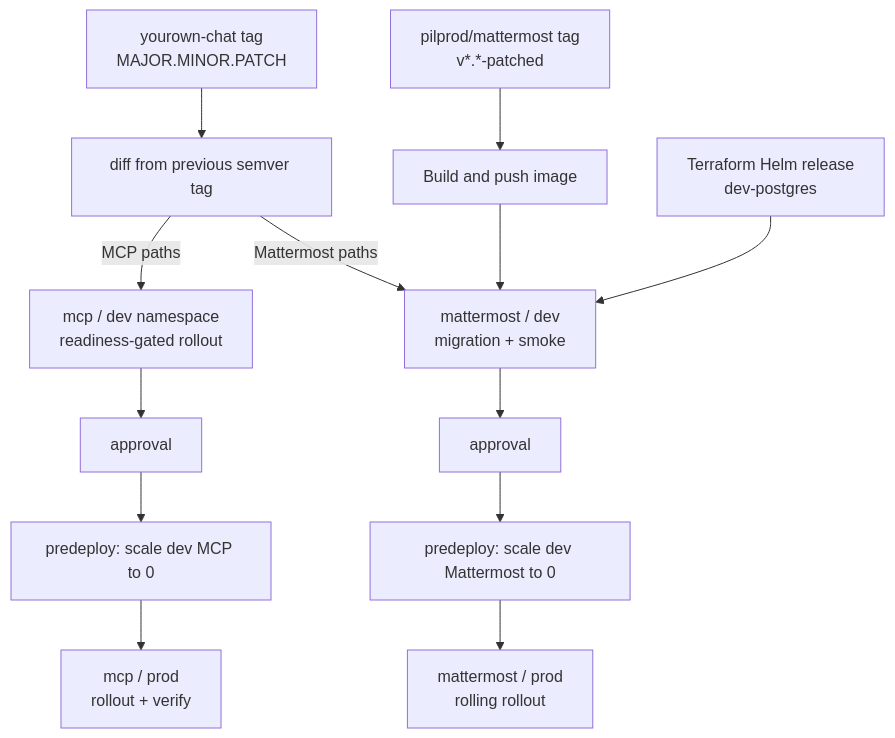
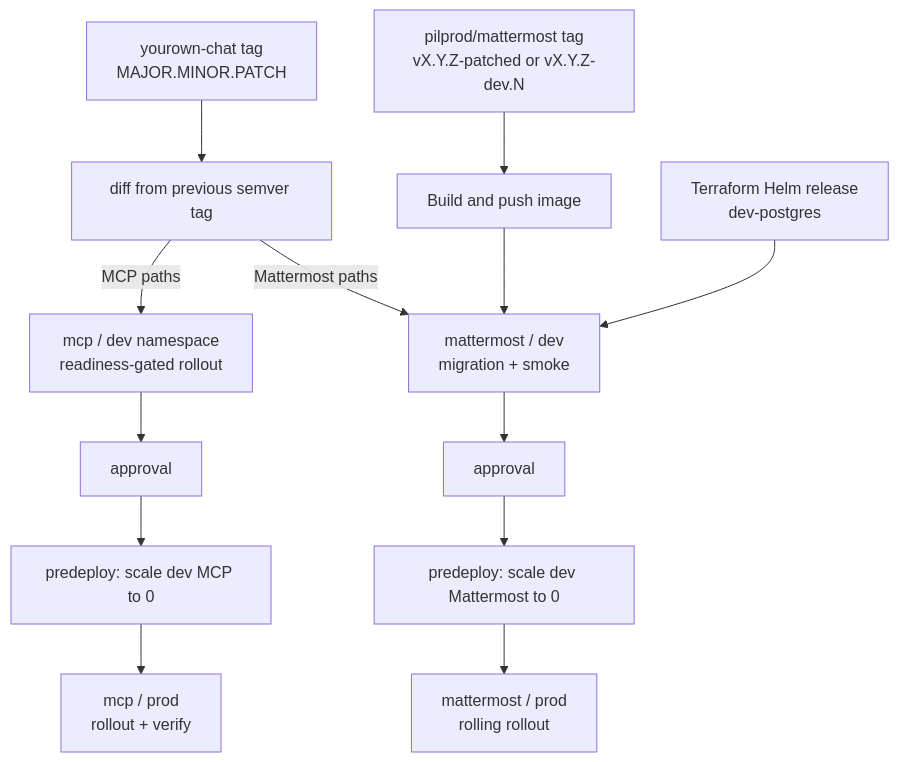
Before and after one commit to pilprod/yourown-chat: the diagram in docs/DEPLOY.md, drawn with Mermaid. The commit also changed other lines of this file and 22 other files, not shown here.

````diff
--- a/docs/DEPLOY.md
+++ b/docs/DEPLOY.md
@@ -9,17 +9,17 @@
 ```mermaid
 flowchart TD
-  MT["pilprod/mattermost tag<br/>v*.*-patched"] --> BUILD["Build and push image"]
+  MT["pilprod/mattermost tag<br/>vX.Y.Z-patched or vX.Y.Z-dev.N"] --> BUILD["Build and push image"]
   BUILD --> MMTEST["mattermost / dev<br/>migration + smoke"]
   MMTEST --> MMAPPROVE["approval"]
   MMAPPROVE --> MMCLEAN["predeploy: scale dev Mattermost to 0"]
   MMCLEAN --> MMPROD["mattermost / prod<br/>rolling rollout"]
 
   PT["yourown-chat tag<br/>MAJOR.MINOR.PATCH"] --> DIFF["diff from previous semver tag"]
   DIFF -->|"Mattermost paths"| MMTEST
   DIFF -->|"MCP paths"| MCPDEV["mcp / dev namespace<br/>readiness-gated rollout"]
   MCPDEV --> MCPAPPROVE["approval"]
   MCPAPPROVE --> MCPCLEAN["predeploy: scale dev MCP to 0"]
   MCPCLEAN --> MCPPROD["mcp / prod<br/>rollout + verify"]
 
   PG["Terraform Helm release<br/>dev-postgres"] --> MMTEST
 ```
````
